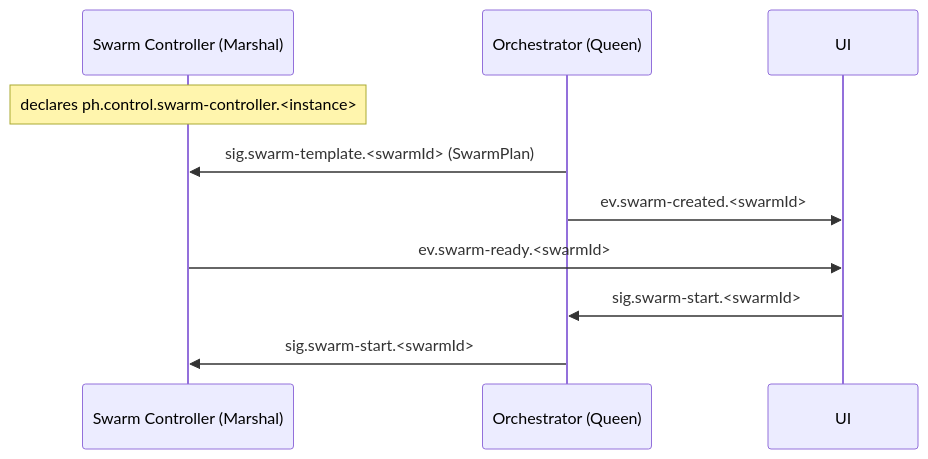
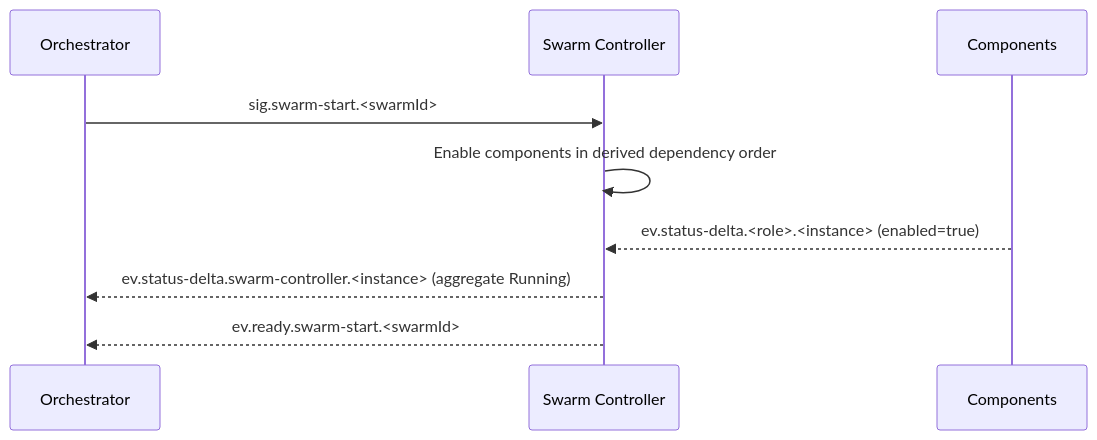
One commit to sepa79/PocketHive changed the second of 6 diagrams in docs/ARCHITECTURE.md. Above: the diagram before and after it, drawn with Mermaid. The commit also changed other lines of this file and 5 other files, not shown here.

````diff
--- a/docs/ARCHITECTURE.md
+++ b/docs/ARCHITECTURE.md
@@ -116,13 +161,12 @@
 ```mermaid
 sequenceDiagram
-  participant MSH as Swarm Controller (Marshal)
-  participant QN as Orchestrator (Queen)
+  participant QN as Orchestrator
+  participant MSH as Swarm Controller
+  participant CMP as Components
 
-  Note over MSH: declares ph.control.swarm-controller.<instance>
-  QN->>MSH: sig.swarm-template.<swarmId> (SwarmPlan)
-  QN->>UI: ev.swarm-created.<swarmId>
-  MSH->>UI: ev.swarm-ready.<swarmId>
-  UI->>QN: sig.swarm-start.<swarmId>
   QN->>MSH: sig.swarm-start.<swarmId>
-
+  MSH->>MSH: Enable components in derived dependency order
+  CMP-->>MSH: ev.status-delta.<role>.<instance> (enabled=true)
+  MSH-->>QN: ev.status-delta.swarm-controller.<instance> (aggregate Running)
+  MSH-->>QN: ev.ready.swarm-start.<swarmId>
 ```
````
